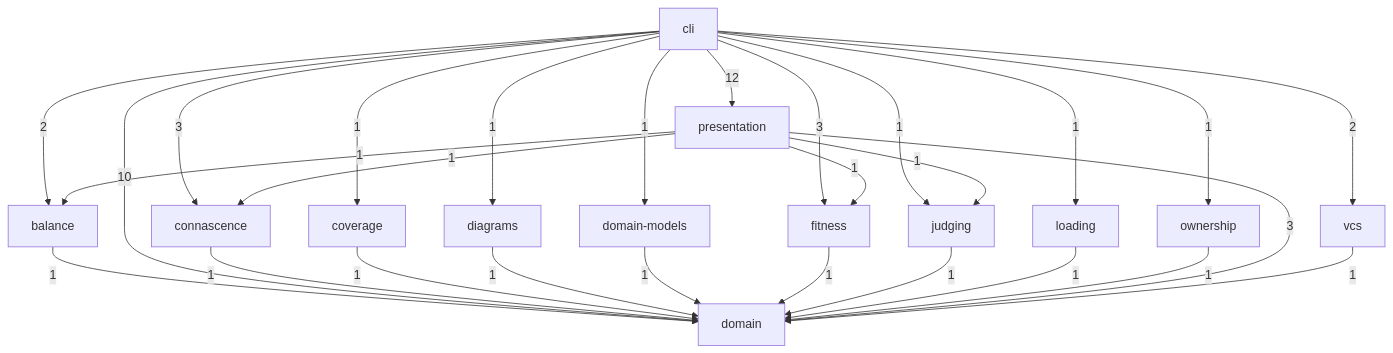
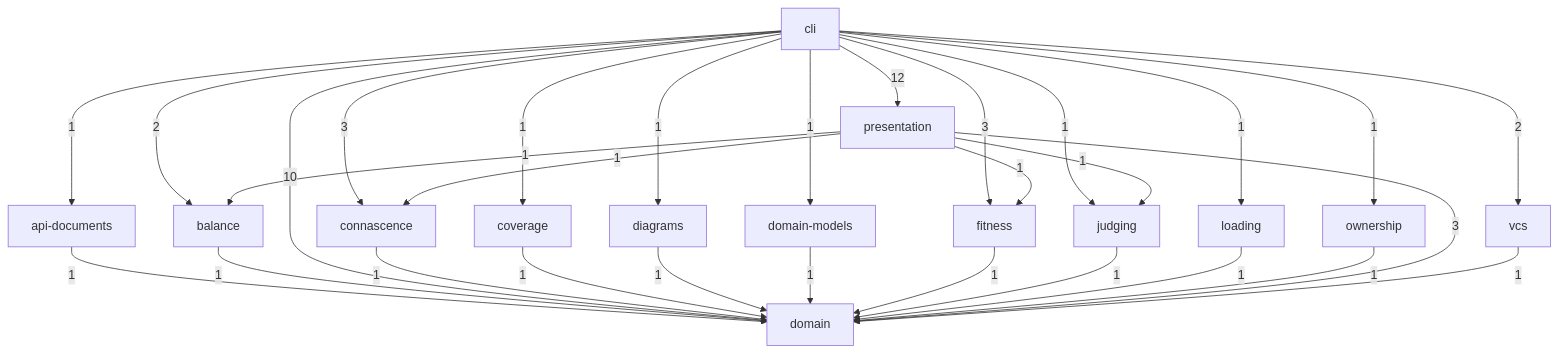
The diagram in anarch.md (StevenACoffman/anarch-lint), drawn with Mermaid before and after one commit. The commit also changed other lines of this file and 31 other files, not shown here.

First line of the commit message:
fitness: check OpenAPI documents against the routes served

````diff
--- a/anarch.md
+++ b/anarch.md
@@ -35,43 +36,46 @@
 ```mermaid
 flowchart TD
   s0["cli"]
   s1["presentation"]
   s2["loading"]
   s3["vcs"]
   s4["diagrams"]
-  s5["domain-models"]
-  s6["ownership"]
-  s7["coverage"]
-  s8["fitness"]
-  s9["balance"]
-  s10["connascence"]
-  s11["judging"]
-  s12["domain"]
-  s9 -->|1| s12
-  s0 -->|2| s9
-  s0 -->|3| s10
+  s5["api-documents"]
+  s6["domain-models"]
+  s7["ownership"]
+  s8["coverage"]
+  s9["fitness"]
+  s10["balance"]
+  s11["connascence"]
+  s12["judging"]
+  s13["domain"]
+  s5 -->|1| s13
+  s10 -->|1| s13
+  s0 -->|1| s5
+  s0 -->|2| s10
+  s0 -->|3| s11
+  s0 -->|1| s8
+  s0 -->|1| s4
+  s0 -->|10| s13
+  s0 -->|1| s6
+  s0 -->|3| s9
+  s0 -->|1| s12
+  s0 -->|1| s2
   s0 -->|1| s7
-  s0 -->|1| s4
-  s0 -->|10| s12
-  s0 -->|1| s5
-  s0 -->|3| s8
-  s0 -->|1| s11
-  s0 -->|1| s2
-  s0 -->|1| s6
   s0 -->|12| s1
   s0 -->|2| s3
-  s10 -->|1| s12
-  s7 -->|1| s12
-  s4 -->|1| s12
-  s5 -->|1| s12
-  s8 -->|1| s12
-  s11 -->|1| s12
-  s2 -->|1| s12
-  s6 -->|1| s12
+  s11 -->|1| s13
+  s8 -->|1| s13
+  s4 -->|1| s13
+  s6 -->|1| s13
+  s9 -->|1| s13
+  s12 -->|1| s13
+  s2 -->|1| s13
+  s7 -->|1| s13
+  s1 -->|1| s10
+  s1 -->|1| s11
+  s1 -->|3| s13
   s1 -->|1| s9
-  s1 -->|1| s10
-  s1 -->|3| s12
-  s1 -->|1| s8
-  s1 -->|1| s11
-  s3 -->|1| s12
+  s1 -->|1| s12
+  s3 -->|1| s13
 ```
````
